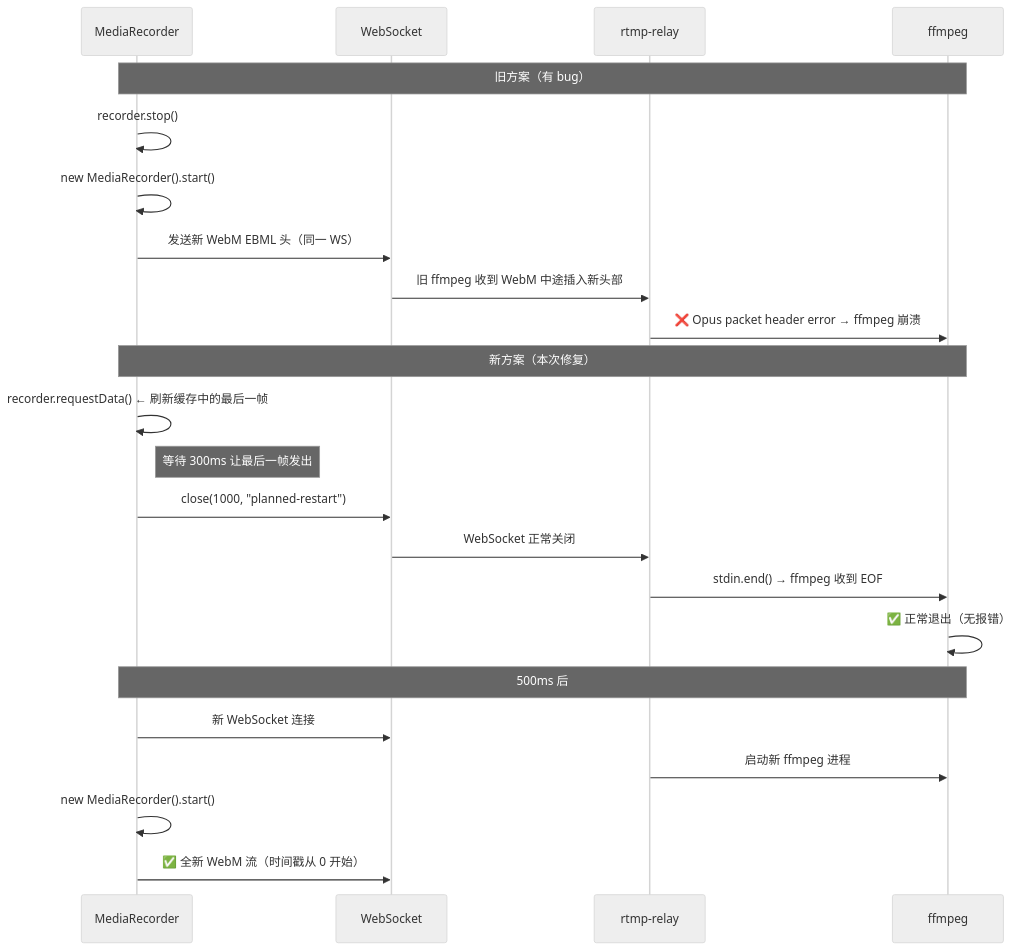
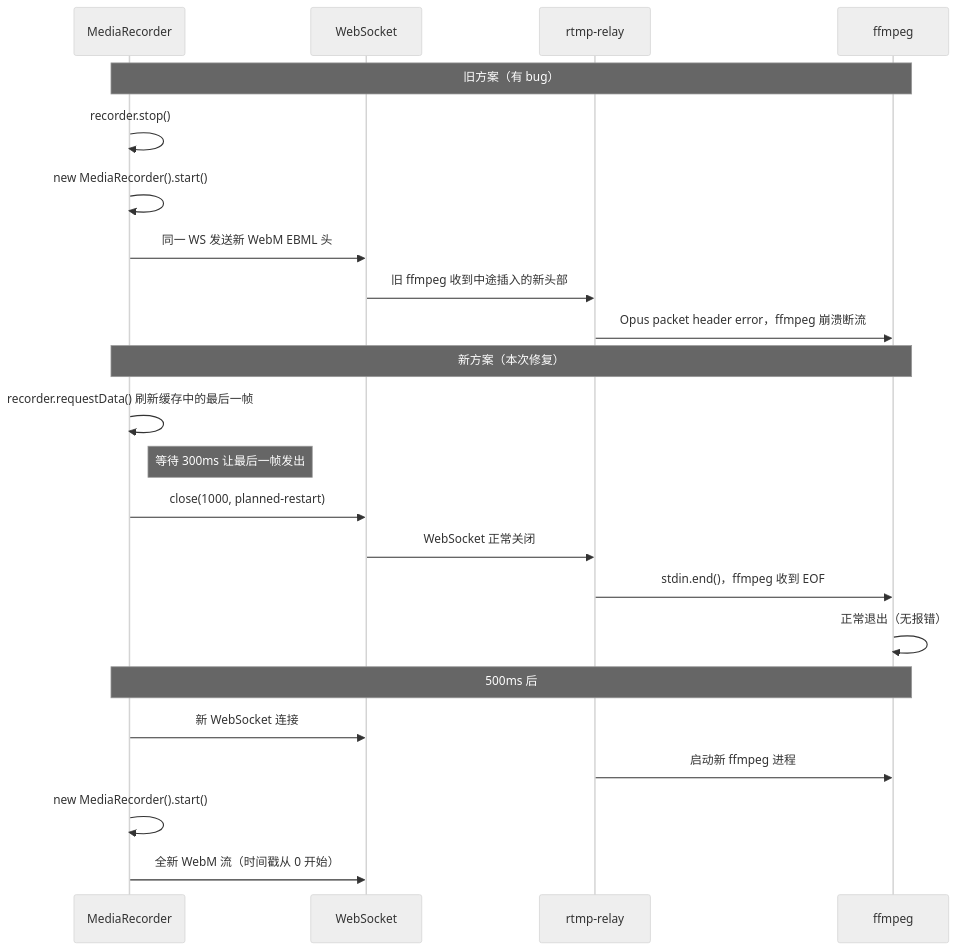
Before and after one commit to fancrystal/liveWebH5: the seventh of 15 diagrams in docs/progress-report-streaming-module.md, drawn with Mermaid (neutral theme). The commit also changed other lines of this file, not shown here.

Commit message:
docs: 修复汇报文档中所有 Mermaid 语法错误

````diff
--- a/docs/progress-report-streaming-module.md
+++ b/docs/progress-report-streaming-module.md
@@ -203,27 +204,27 @@
 ```mermaid
 sequenceDiagram
     participant REC as MediaRecorder
     participant WS as WebSocket
     participant RELAY as rtmp-relay
     participant FFMPEG as ffmpeg
 
     Note over REC,FFMPEG: 旧方案（有 bug）
     REC->>REC: recorder.stop()
     REC->>REC: new MediaRecorder().start()
-    REC->>WS: 发送新 WebM EBML 头（同一 WS）
-    WS->>RELAY: 旧 ffmpeg 收到 WebM 中途插入新头部
-    RELAY->>FFMPEG: ❌ Opus packet header error → ffmpeg 崩溃
+    REC->>WS: 同一 WS 发送新 WebM EBML 头
+    WS->>RELAY: 旧 ffmpeg 收到中途插入的新头部
+    RELAY->>FFMPEG: Opus packet header error，ffmpeg 崩溃断流
 
     Note over REC,FFMPEG: 新方案（本次修复）
-    REC->>REC: recorder.requestData() ← 刷新缓存中的最后一帧
+    REC->>REC: recorder.requestData() 刷新缓存中的最后一帧
     Note right of REC: 等待 300ms 让最后一帧发出
-    REC->>WS: close(1000, "planned-restart")
+    REC->>WS: close(1000, planned-restart)
     WS->>RELAY: WebSocket 正常关闭
-    RELAY->>FFMPEG: stdin.end() → ffmpeg 收到 EOF
-    FFMPEG->>FFMPEG: ✅ 正常退出（无报错）
+    RELAY->>FFMPEG: stdin.end()，ffmpeg 收到 EOF
+    FFMPEG->>FFMPEG: 正常退出（无报错）
     Note over REC,FFMPEG: 500ms 后
     REC->>WS: 新 WebSocket 连接
     RELAY->>FFMPEG: 启动新 ffmpeg 进程
     REC->>REC: new MediaRecorder().start()
-    REC->>WS: ✅ 全新 WebM 流（时间戳从 0 开始）
+    REC->>WS: 全新 WebM 流（时间戳从 0 开始）
 ```
````
